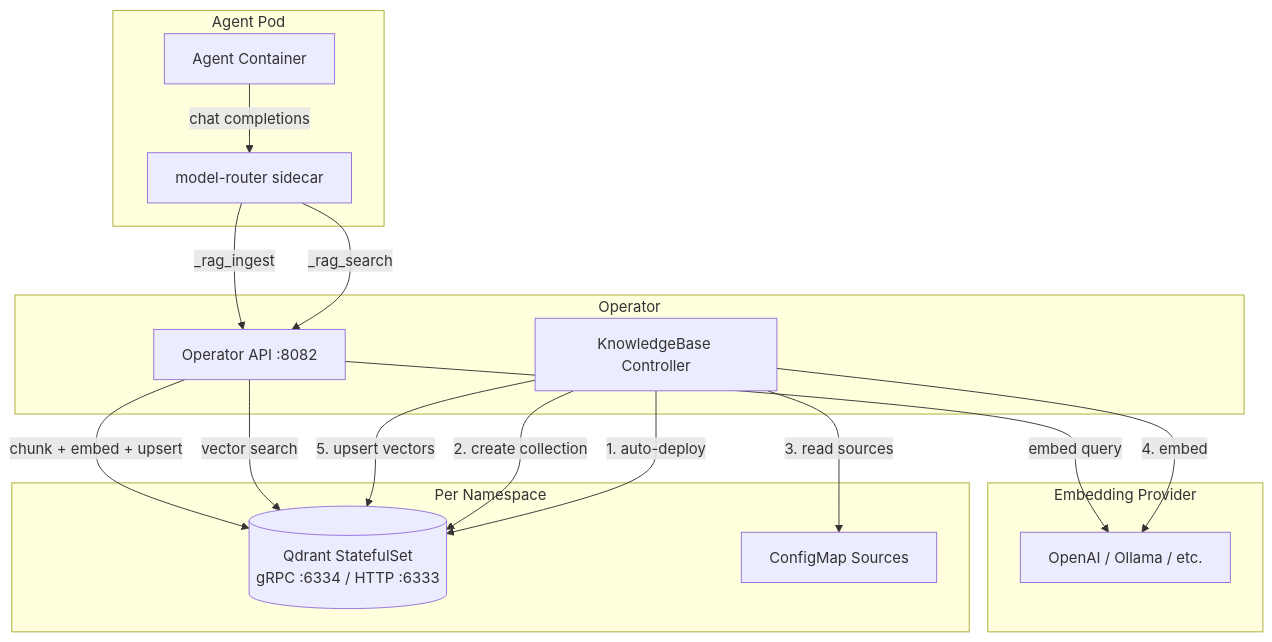
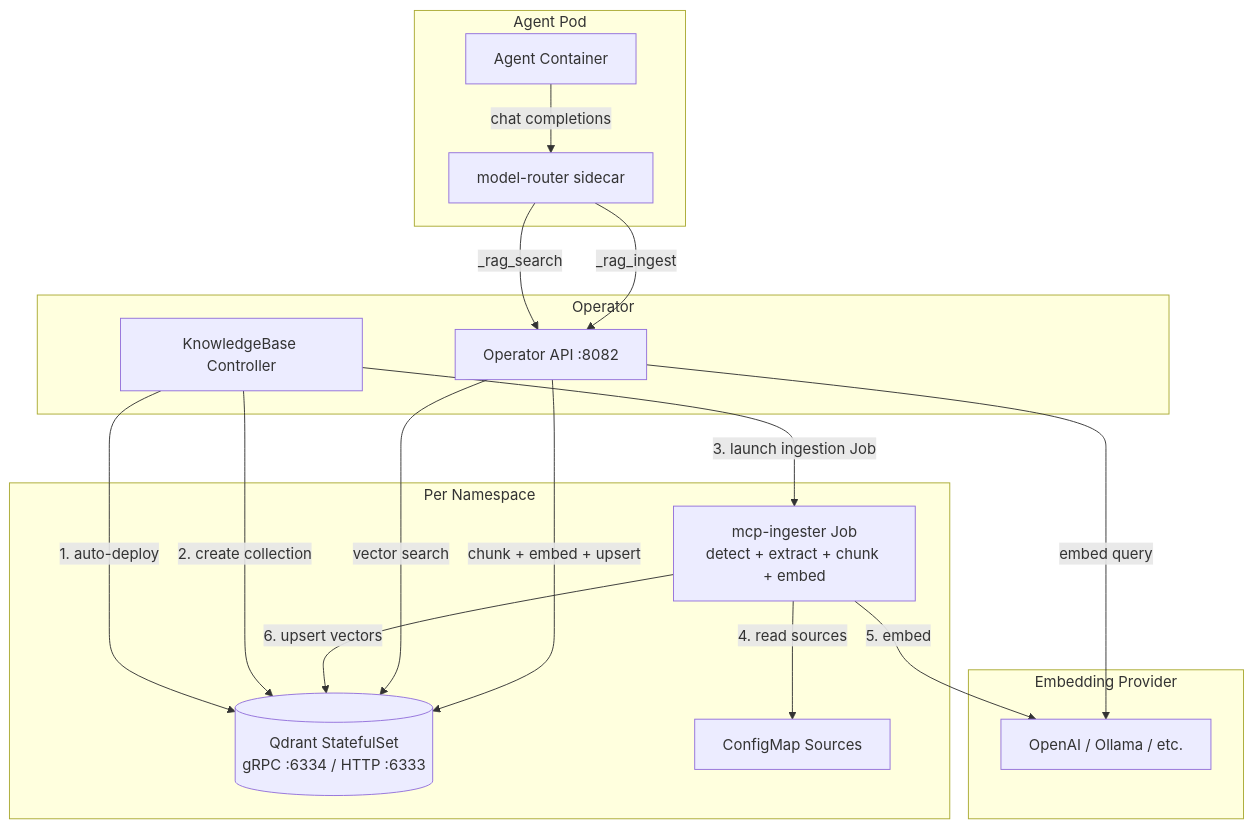
One commit to heddles/agent-orca changed the diagram in docs/rag.md. Above: the diagram before and after it, drawn with Mermaid. The commit also changed other lines of this file and 24 other files, not shown here.

````diff
--- a/docs/rag.md
+++ b/docs/rag.md
@@ -9,34 +9,36 @@
 ```mermaid
 flowchart TD
     subgraph Operator
         KBC[KnowledgeBase Controller]
         API[Operator API :8082]
     end
 
     subgraph "Per Namespace"
         QD[(Qdrant StatefulSet<br/>gRPC :6334 / HTTP :6333)]
         CM[ConfigMap Sources]
+        ING[mcp-ingester Job<br/>detect + extract + chunk + embed]
     end
 
     subgraph "Agent Pod"
         AC[Agent Container]
         MR[model-router sidecar]
     end
 
     subgraph "Embedding Provider"
         EP[OpenAI / Ollama / etc.]
     end
 
     KBC -->|1. auto-deploy| QD
     KBC -->|2. create collection| QD
-    KBC -->|3. read sources| CM
-    KBC -->|4. embed| EP
-    KBC -->|5. upsert vectors| QD
+    KBC -->|3. launch ingestion Job| ING
+    ING -->|4. read sources| CM
+    ING -->|5. embed| EP
+    ING -->|6. upsert vectors| QD
 
     AC -->|chat completions| MR
     MR -->|_rag_search| API
     MR -->|_rag_ingest| API
     API -->|embed query| EP
     API -->|vector search| QD
     API -->|chunk + embed + upsert| QD
 ```
````
